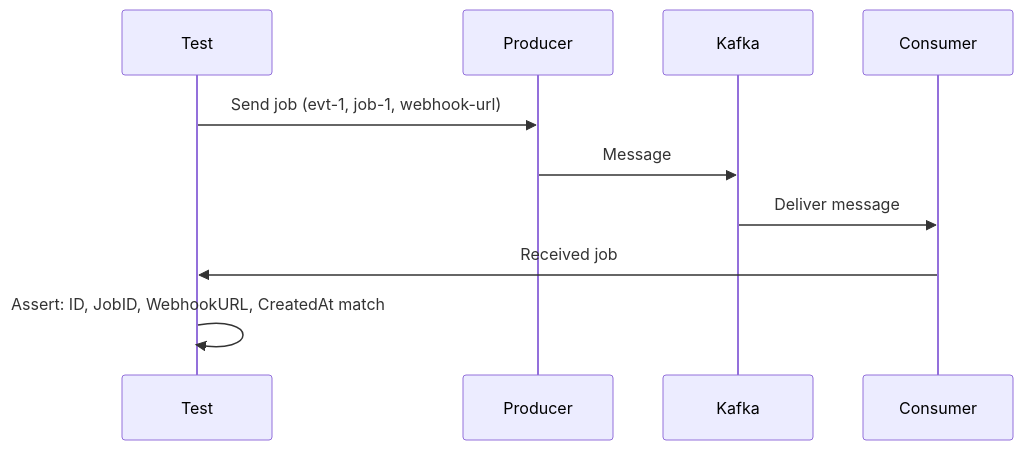
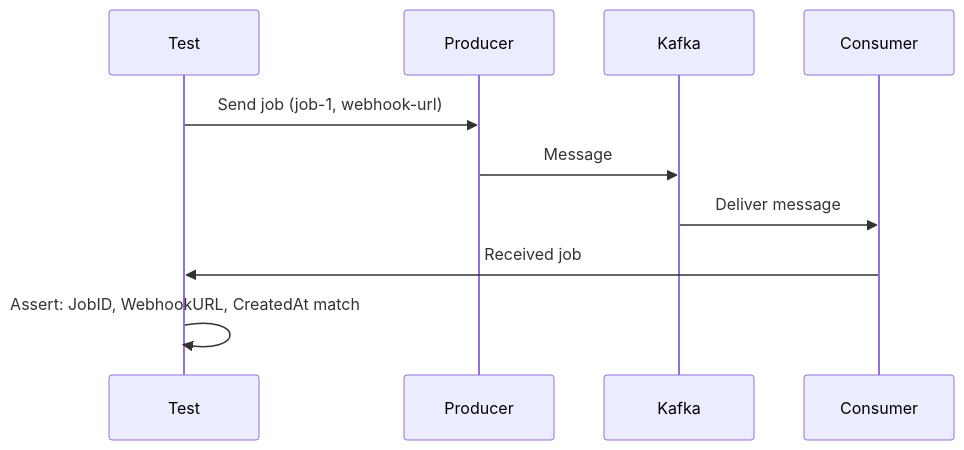
The seventh of 11 diagrams in kafka/README.md (matmazurk/oidc-keepie), drawn with Mermaid before and after one commit. The commit also changed other lines of this file and 5 other files, not shown here.

````diff
--- a/kafka/README.md
+++ b/kafka/README.md
@@ -190,13 +197,13 @@
 ```mermaid
 sequenceDiagram
     participant Test
     participant Producer
     participant Kafka
     participant Consumer
 
-    Test->>Producer: Send job (evt-1, job-1, webhook-url)
+    Test->>Producer: Send job (job-1, webhook-url)
     Producer->>Kafka: Message
     Kafka->>Consumer: Deliver message
     Consumer->>Test: Received job
-    Test->>Test: Assert: ID, JobID, WebhookURL, CreatedAt match
+    Test->>Test: Assert: JobID, WebhookURL, CreatedAt match
 ```
````
